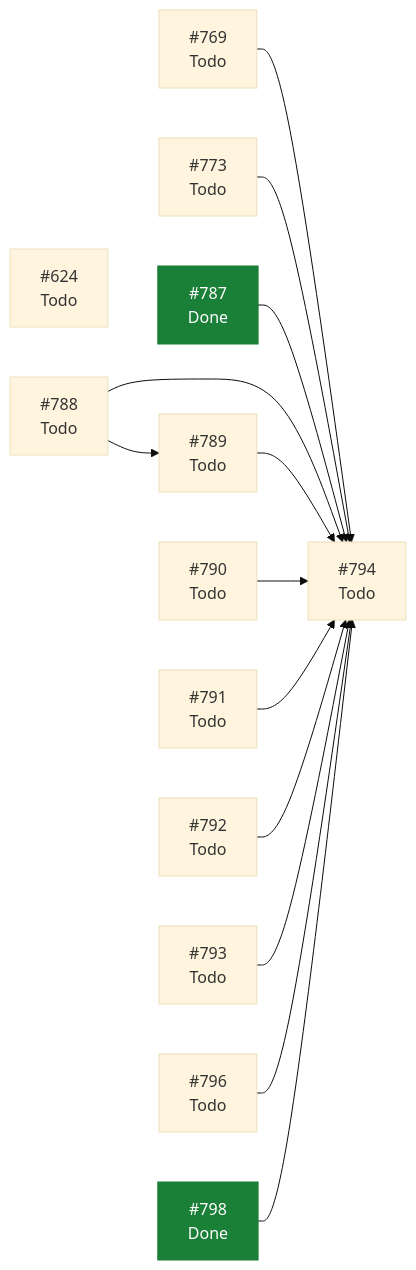
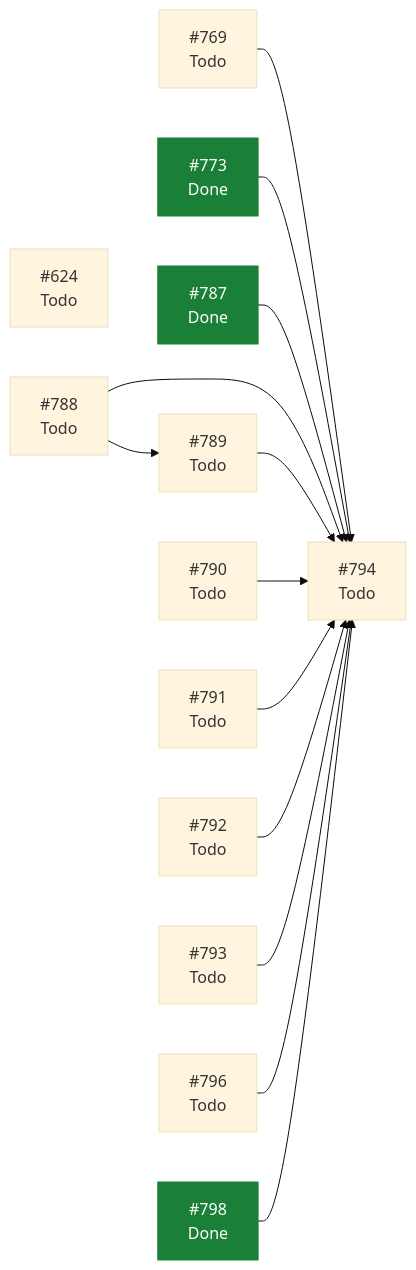
The diagram in docs/planning/STATUS.md (ecamp0s/evault), drawn with Mermaid (base theme) before and after one commit. The commit also changed other lines of this file and 1 other file, not shown here.

````diff
--- a/docs/planning/STATUS.md
+++ b/docs/planning/STATUS.md
@@ -97,30 +96,30 @@
 ```mermaid
 graph LR
   I624["#624<br/>Todo"]
   I769["#769<br/>Todo"]
-  I773["#773<br/>Todo"]
+  I773["#773<br/>Done"]
   I787["#787<br/>Done"]
   I788["#788<br/>Todo"]
   I789["#789<br/>Todo"]
   I790["#790<br/>Todo"]
   I791["#791<br/>Todo"]
   I792["#792<br/>Todo"]
   I793["#793<br/>Todo"]
   I794["#794<br/>Todo"]
   I796["#796<br/>Todo"]
   I798["#798<br/>Done"]
   I769 --> I794
   I773 --> I794
   I787 --> I794
   I788 --> I789
   I788 --> I794
   I789 --> I794
   I790 --> I794
   I791 --> I794
   I792 --> I794
   I793 --> I794
   I796 --> I794
   I798 --> I794
   classDef hecho fill:#1a7f37,stroke:#1a7f37,color:#fff;
-  class I787,I798 hecho;
+  class I773,I787,I798 hecho;
 ```
````
